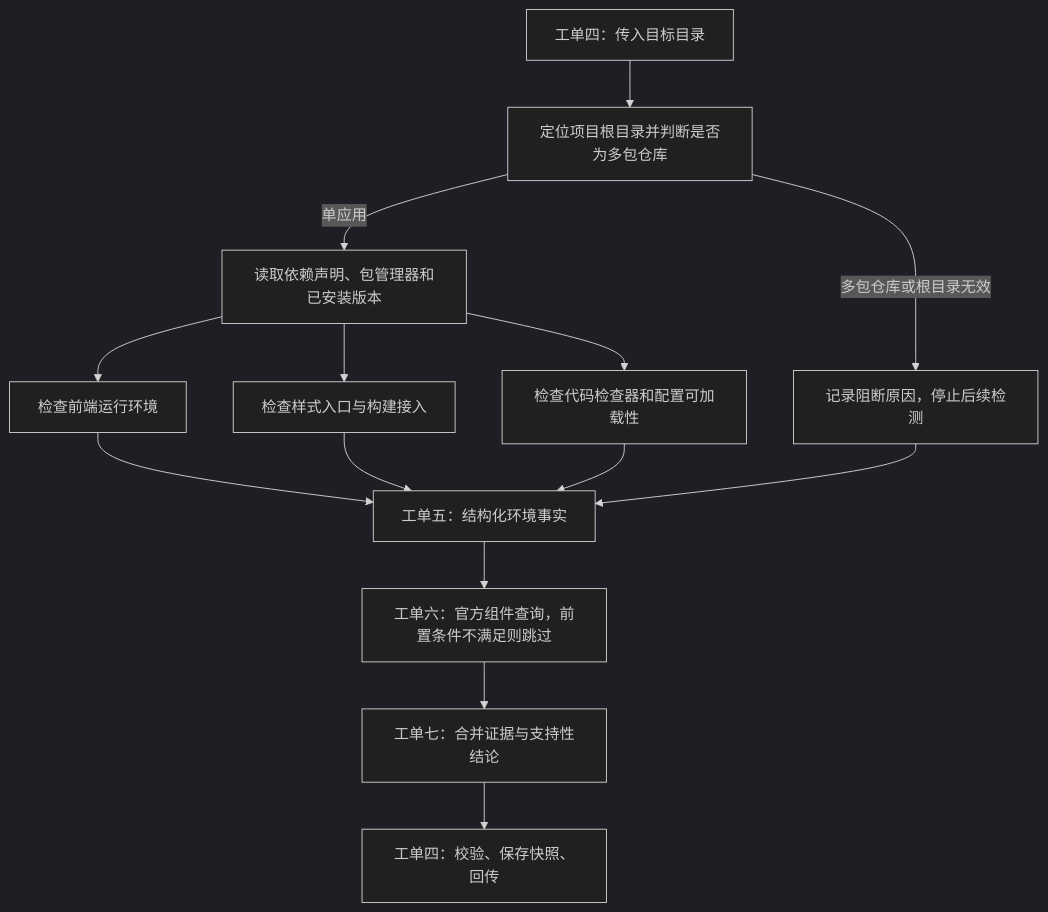
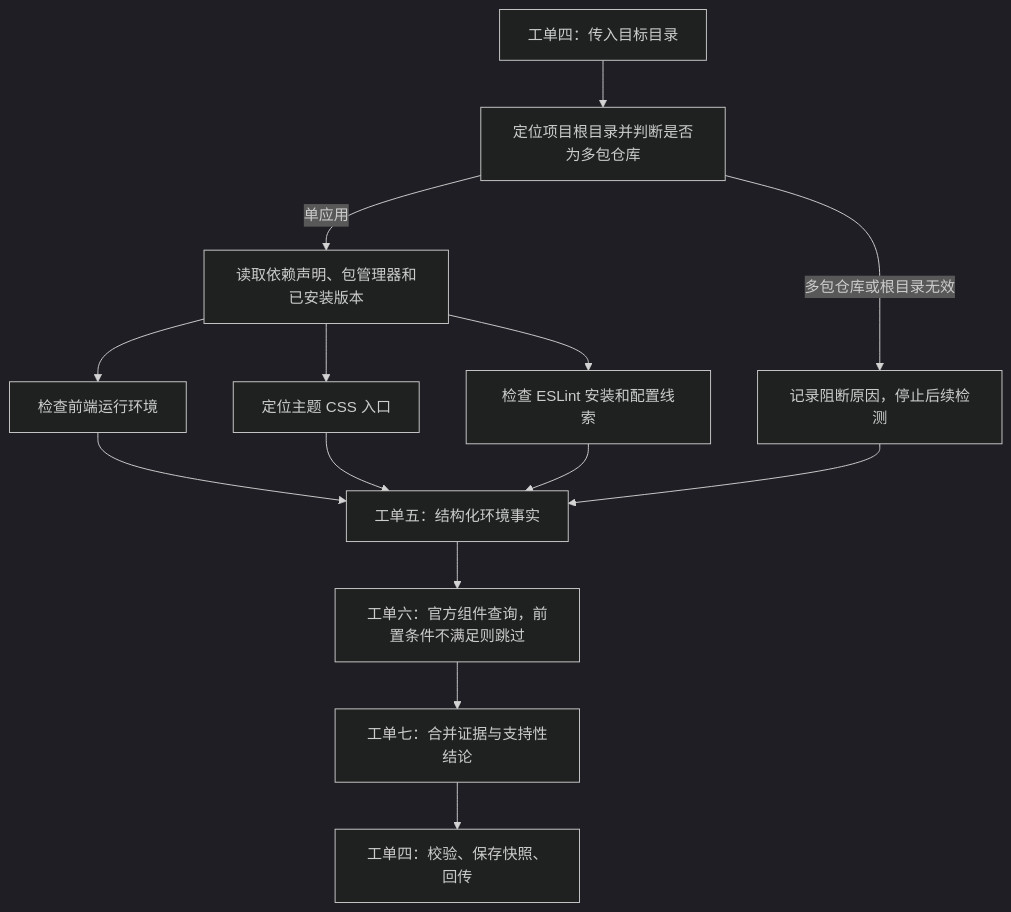
The first of 2 diagrams in docs/phases/01-project-scan/ticket-05-design.md (iamjeffwan/Lint), drawn with Mermaid (dark theme) before and after one commit. The commit also changed other lines of this file, not shown here.

````diff
--- a/docs/phases/01-project-scan/ticket-05-design.md
+++ b/docs/phases/01-project-scan/ticket-05-design.md
@@ -9,16 +9,16 @@
 ```mermaid
 flowchart TD
     A[工单四：传入目标目录] --> B[定位项目根目录并判断是否为多包仓库]
     B -->|多包仓库或根目录无效| X[记录阻断原因，停止后续检测]
     B -->|单应用| C[读取依赖声明、包管理器和已安装版本]
     C --> D[检查前端运行环境]
-    C --> E[检查样式入口与构建接入]
-    C --> F[检查代码检查器和配置可加载性]
+    C --> E[定位主题 CSS 入口]
+    C --> F[检查 ESLint 安装和配置线索]
     D --> G[工单五：结构化环境事实]
     E --> G
     F --> G
     X --> G
     G --> H[工单六：官方组件查询，前置条件不满足则跳过]
     H --> I[工单七：合并证据与支持性结论]
     I --> J[工单四：校验、保存快照、回传]
 ```
````
